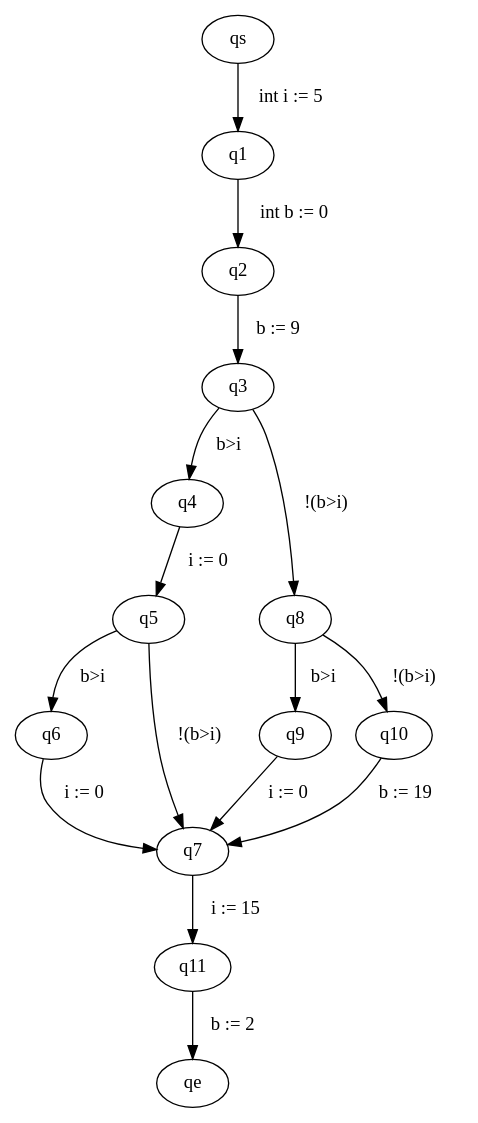
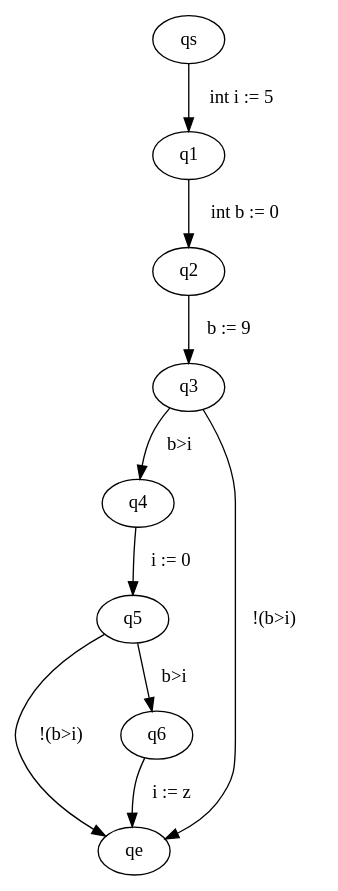
The diagram in src/main/java/graphviz/input.dot (FloKes/ProgramAnalysis), drawn with Graphviz before and after one commit. The commit also changed 25 other files, not shown here.

```diff
--- a/src/main/java/graphviz/input.dot
+++ b/src/main/java/graphviz/input.dot
@@ -1,17 +1,11 @@
 digraph ProgramGraph{
 "qs" -> "q1" [label="  int i := 5   "] 
 "q1" -> "q2" [label="  int b := 0   "] 
 "q2" -> "q3" [label="  b := 9   "] 
 "q3" -> "q4" [label="  b>i   "] 
-"q3" -> "q8" [label="  !(b>i)   "] 
+"q3" -> "qe" [label="  !(b>i)   "] 
 "q4" -> "q5" [label="  i := 0   "] 
 "q5" -> "q6" [label="  b>i   "] 
-"q5" -> "q7" [label="  !(b>i)   "] 
-"q6" -> "q7" [label="  i := 0   "] 
-"q7" -> "q11" [label="  i := 15   "] 
-"q8" -> "q9" [label="  b>i   "] 
-"q8" -> "q10" [label="  !(b>i)   "] 
-"q9" -> "q7" [label="  i := 0   "] 
-"q10" -> "q7" [label="  b := 19   "] 
-"q11" -> "qe" [label="  b := 2   "] 
+"q5" -> "qe" [label="  !(b>i)   "] 
+"q6" -> "qe" [label="  i := z   "] 
 }
```
